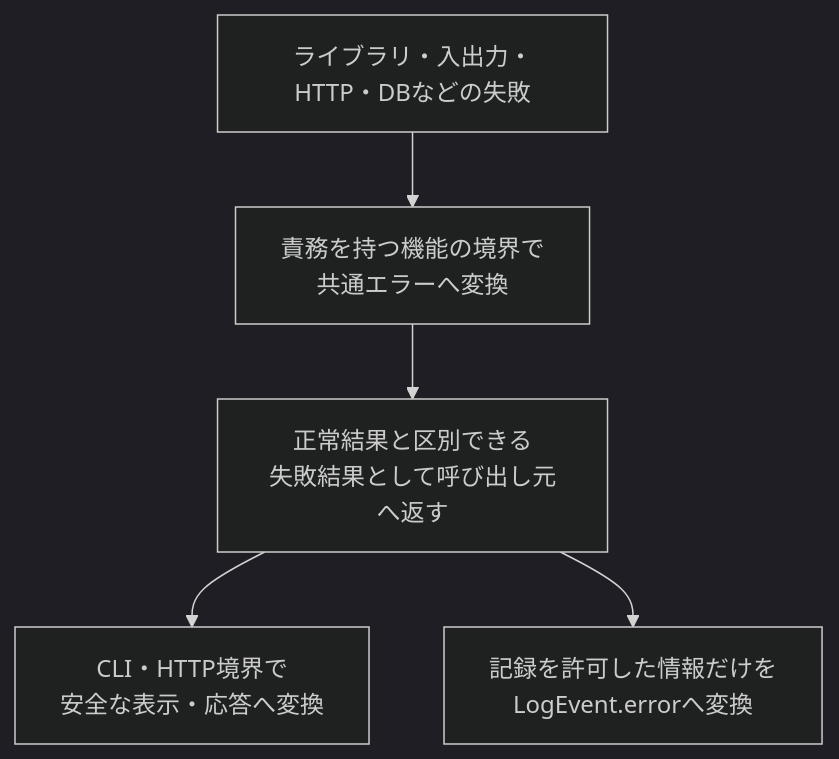
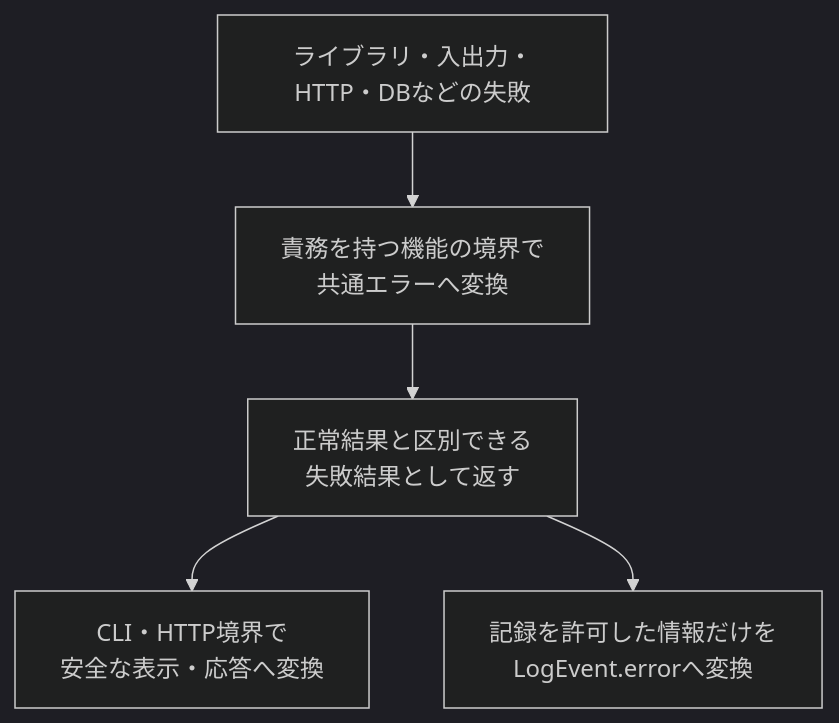
One commit to takashit16833/RAGScope changed the diagram in project-docs/design/エラー設計.md. Above: the diagram before and after it, drawn with Mermaid (dark theme). The commit also changed other lines of this file and 4 other files, not shown here.

````diff
--- a/project-docs/design/エラー設計.md
+++ b/project-docs/design/エラー設計.md
@@ -132,12 +58,12 @@
 ```mermaid
 flowchart TD
     Failure["ライブラリ・入出力・HTTP・DBなどの失敗"]
     Convert["責務を持つ機能の境界で<br>共通エラーへ変換"]
-    Result["正常結果と区別できる<br>失敗結果として呼び出し元へ返す"]
+    Result["正常結果と区別できる<br>失敗結果として返す"]
     Interface["CLI・HTTP境界で<br>安全な表示・応答へ変換"]
     Log["記録を許可した情報だけを<br>LogEvent.errorへ変換"]
 
     Failure --> Convert --> Result
     Result --> Interface
     Result --> Log
 ```
````
